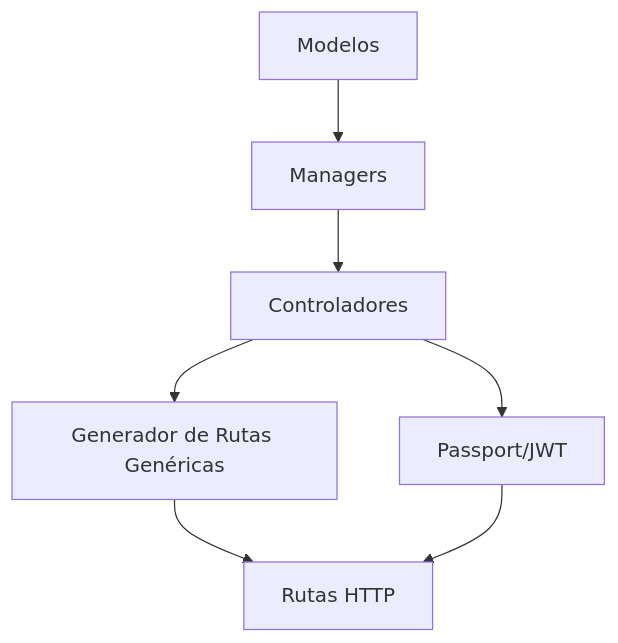
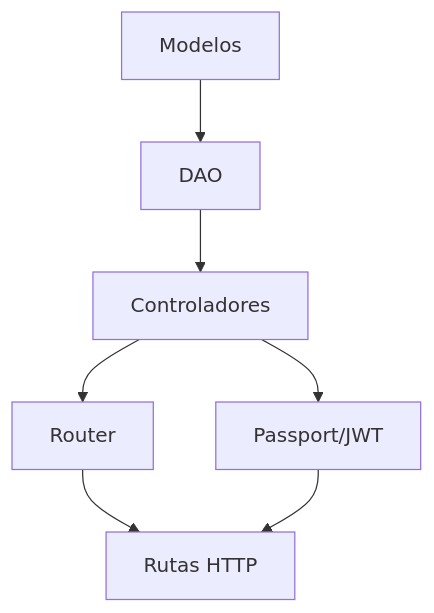
One commit to AugustoMPantaloni/APIecommerce changed the diagram in README.md. Above: the diagram before and after it, drawn with Mermaid. The commit also changed other lines of this file and 16 other files, not shown here.

````diff
--- a/README.md
+++ b/README.md
@@ -23,9 +23,9 @@
 ```mermaid
 flowchart TD
-  A[Modelos] --> B[Managers]
+  A[Modelos] --> B[DAO]
   B --> C[Controladores]
-  C --> D[Generador de Rutas Genéricas]
+  C --> D[Router]
   C --> E[Passport/JWT]
   D --> F[Rutas HTTP]
   E --> F
 ```
````
